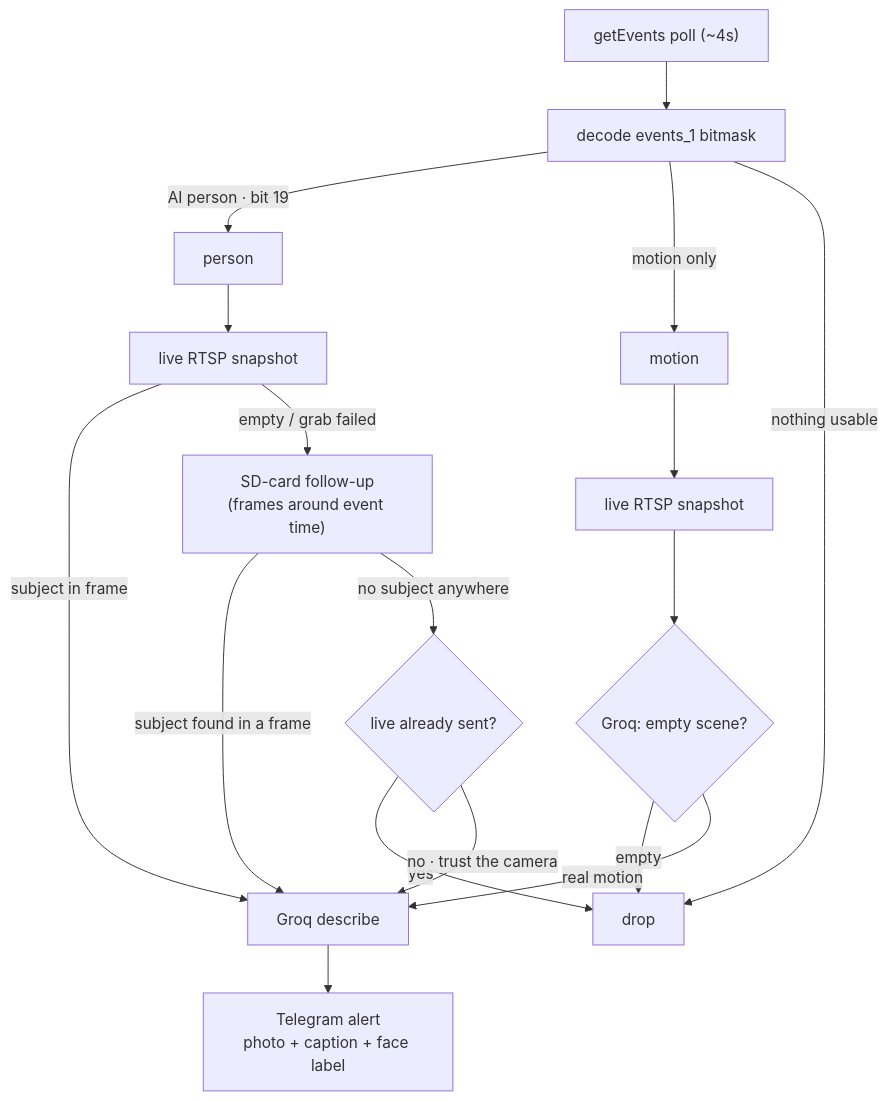
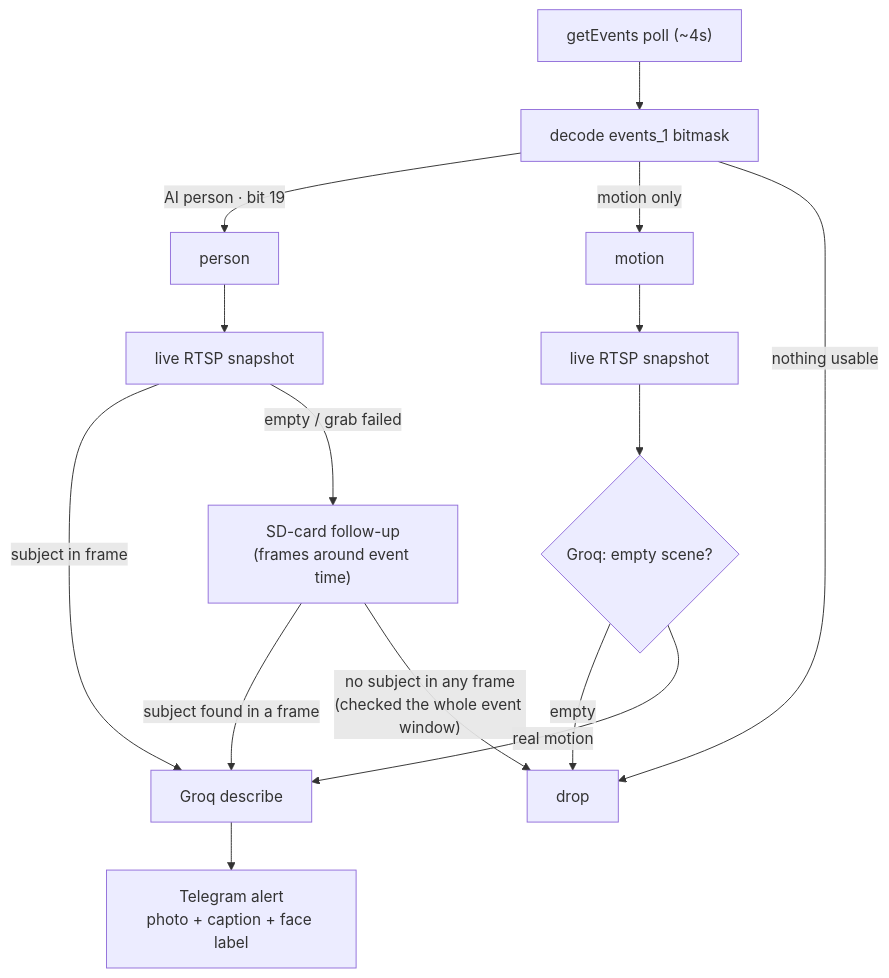
One commit to PeterkoCZ91/tapo-monitoring changed the first of 2 diagrams in README.md. Above: the diagram before and after it, drawn with Mermaid. The commit also changed 3 other files, not shown here.

First line of the commit message:
Drop the SD follow-up when no extracted frame shows a subject

````diff
--- a/README.md
+++ b/README.md
@@ -69,21 +69,19 @@
 ```mermaid
 flowchart TD
     A["getEvents poll (~4s)"] --> B[decode events_1 bitmask]
     B -->|AI person · bit 19| P[person]
     B -->|motion only| M[motion]
     B -->|nothing usable| X[drop]
 
     P --> L[live RTSP snapshot]
     L -->|subject in frame| G[Groq describe]
     L -->|empty / grab failed| SD["SD-card follow-up<br/>(frames around event time)"]
     SD -->|subject found in a frame| G
-    SD -->|no subject anywhere| Y{live already sent?}
-    Y -->|yes| X
-    Y -->|no · trust the camera| G
+    SD -->|"no subject in any frame<br/>(checked the whole event window)"| X
 
     M --> ML[live RTSP snapshot] --> GQ{Groq: empty scene?}
     GQ -->|empty| X
     GQ -->|real motion| G
 
     G --> T["Telegram alert<br/>photo + caption + face label"]
 ```
````
